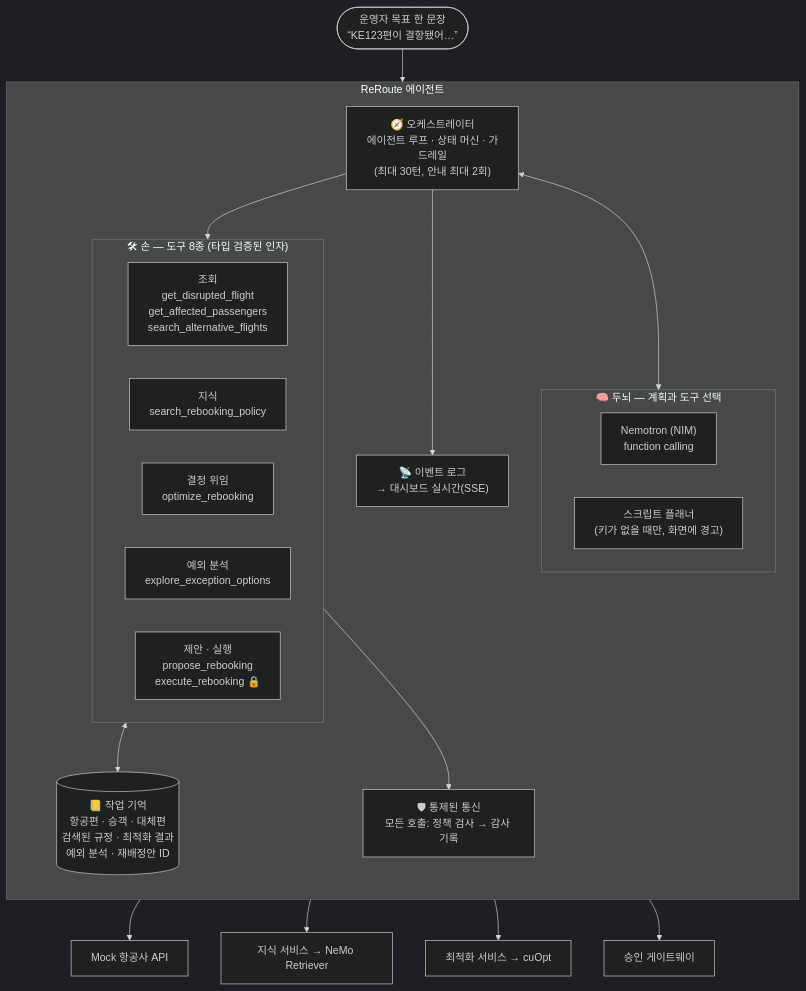
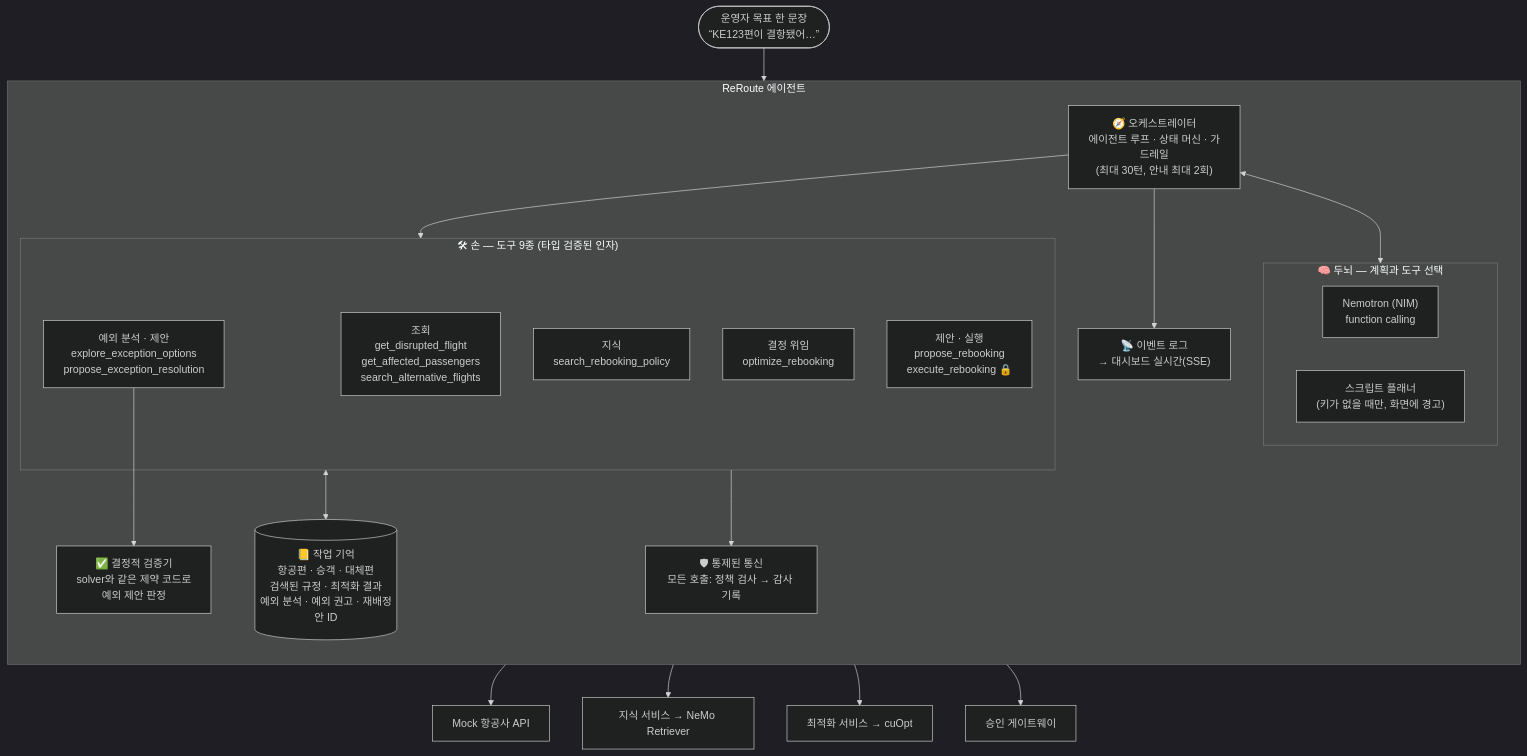
The first of 9 diagrams in docs/agent.md (hyunolike/reroute-irops-agent), drawn with Mermaid (dark theme) before and after one commit. The commit also changed other lines of this file and 3 other files, not shown here.

````diff
--- a/docs/agent.md
+++ b/docs/agent.md
@@ -23,37 +24,39 @@
 ```mermaid
 flowchart TB
     goal(["운영자 목표 한 문장<br/>“KE123편이 결항됐어…”"]) --> orch
 
     subgraph agent["ReRoute 에이전트"]
         direction TB
         orch["🧭 오케스트레이터<br/>에이전트 루프 · 상태 머신 · 가드레일<br/>(최대 30턴, 안내 최대 2회)"]
 
         subgraph brain["🧠 두뇌 — 계획과 도구 선택"]
             nim["Nemotron (NIM)<br/>function calling"]
             fb["스크립트 플래너<br/>(키가 없을 때만, 화면에 경고)"]
         end
 
-        subgraph hands["🛠 손 — 도구 8종 (타입 검증된 인자)"]
+        subgraph hands["🛠 손 — 도구 9종 (타입 검증된 인자)"]
             t1["조회<br/>get_disrupted_flight<br/>get_affected_passengers<br/>search_alternative_flights"]
             t2["지식<br/>search_rebooking_policy"]
             t3["결정 위임<br/>optimize_rebooking"]
-            t4["예외 분석<br/>explore_exception_options"]
+            t4["예외 분석 · 제안<br/>explore_exception_options<br/>propose_exception_resolution"]
             t5["제안 · 실행<br/>propose_rebooking<br/>execute_rebooking 🔒"]
         end
 
-        mem[("📒 작업 기억<br/>항공편 · 승객 · 대체편<br/>검색된 규정 · 최적화 결과<br/>예외 분석 · 재배정안 ID")]
+        mem[("📒 작업 기억<br/>항공편 · 승객 · 대체편<br/>검색된 규정 · 최적화 결과<br/>예외 분석 · 예외 권고 · 재배정안 ID")]
+        ver["✅ 결정적 검증기<br/>solver와 같은 제약 코드로<br/>예외 제안 판정"]
         guard["🛡 통제된 통신<br/>모든 호출: 정책 검사 → 감사 기록"]
         log["📡 이벤트 로그<br/>→ 대시보드 실시간(SSE)"]
     end
 
     orch <--> brain
     orch --> hands
     hands <--> mem
+    t4 --> ver
     hands --> guard
     orch --> log
 
     guard --> svc1["Mock 항공사 API"]
     guard --> svc2["지식 서비스 → NeMo Retriever"]
     guard --> svc3["최적화 서비스 → cuOpt"]
     guard --> svc4["승인 게이트웨이"]
 ```
````
